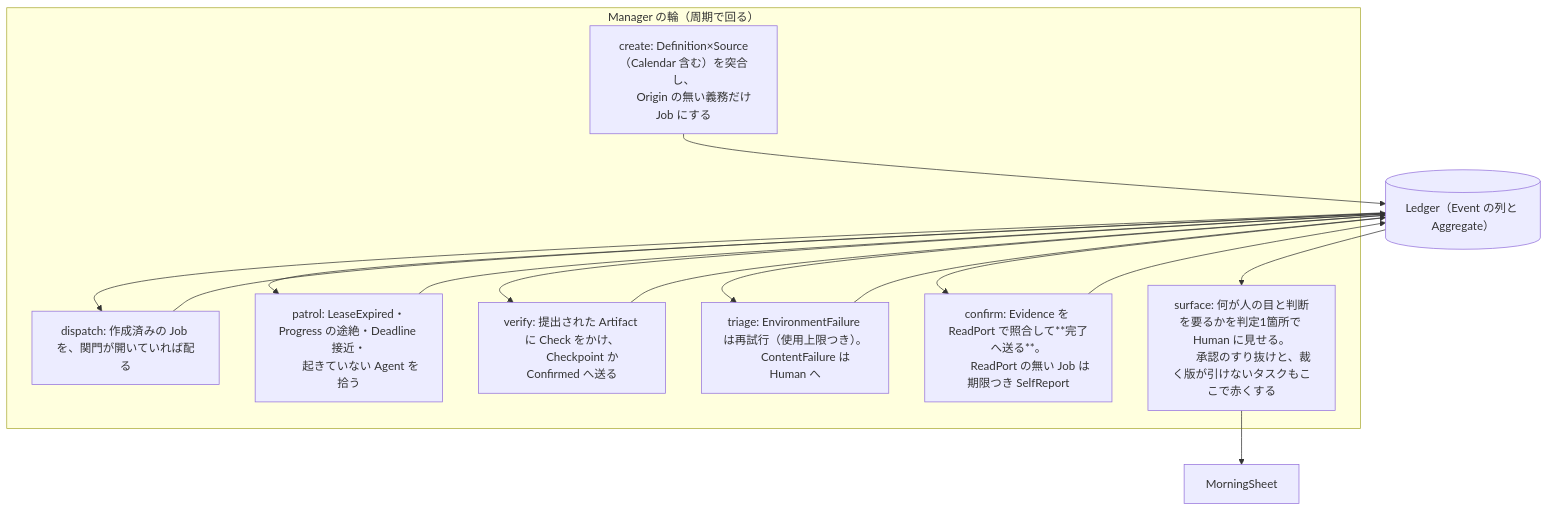
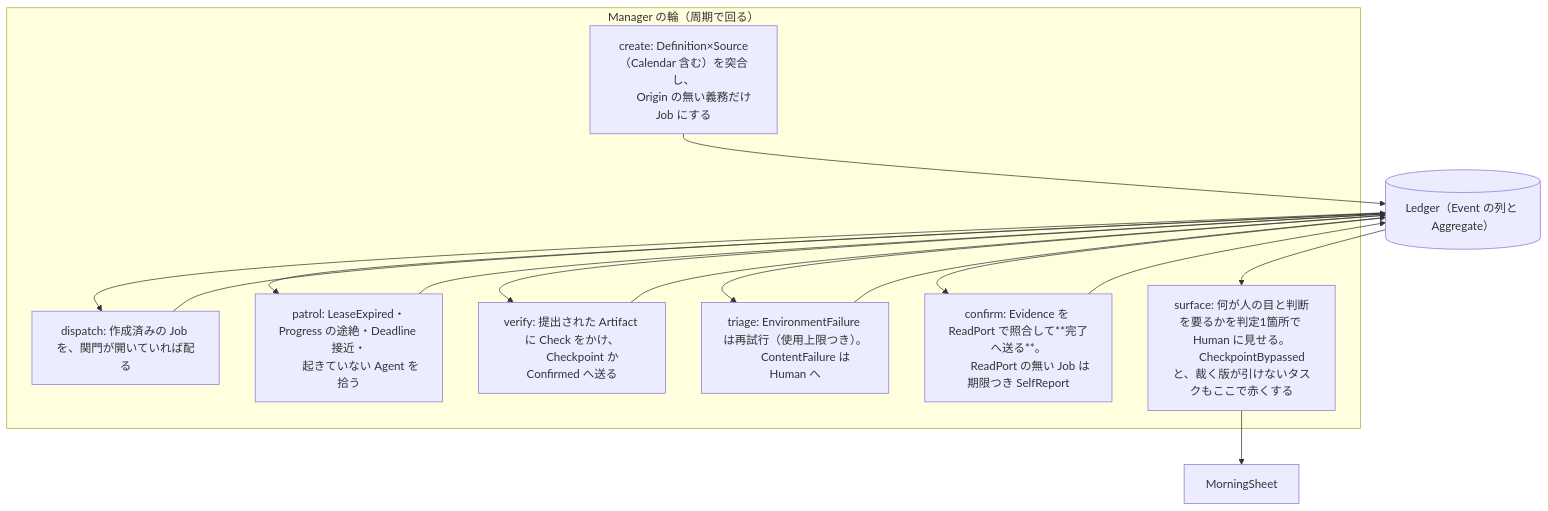
One commit to takashi-hash/troupe changed the diagram in 設計/5_出来事/調停図.md. Above: the diagram before and after it, drawn with Mermaid. The commit also changed 20 other files, not shown here.

````diff
--- a/設計/5_出来事/調停図.md
+++ b/設計/5_出来事/調停図.md
@@ -12,27 +12,27 @@
 ```mermaid
 flowchart TB
     Ledger[("Ledger（Event の列と Aggregate）")]
     subgraph mgr["Manager の輪（周期で回る）"]
         create["create: Definition×Source（Calendar 含む）を突合し、
         Origin の無い義務だけ Job にする"]
         dispatch["dispatch: 作成済みの Job を、関門が開いていれば配る"]
         patrol["patrol: LeaseExpired・Progress の途絶・Deadline 接近・
         起きていない Agent を拾う"]
         verify["verify: 提出された Artifact に Check をかけ、
         Checkpoint か Confirmed へ送る"]
         triage["triage: EnvironmentFailure は再試行（使用上限つき）。
         ContentFailure は Human へ"]
         confirm["confirm: Evidence を ReadPort で照合して**完了へ送る**。
         ReadPort の無い Job は期限つき SelfReport"]
         surface["surface: 何が人の目と判断を要るかを判定1箇所で Human に見せる。
-        承認のすり抜けと、裁く版が引けないタスクもここで赤くする"]
+        CheckpointBypassed と、裁く版が引けないタスクもここで赤くする"]
     end
     MorningSheet["MorningSheet"]
     create --> Ledger
     Ledger --> dispatch --> Ledger
     Ledger --> patrol --> Ledger
     Ledger --> verify --> Ledger
     Ledger --> triage --> Ledger
     Ledger --> confirm --> Ledger
     Ledger --> surface --> MorningSheet
 ```
````
